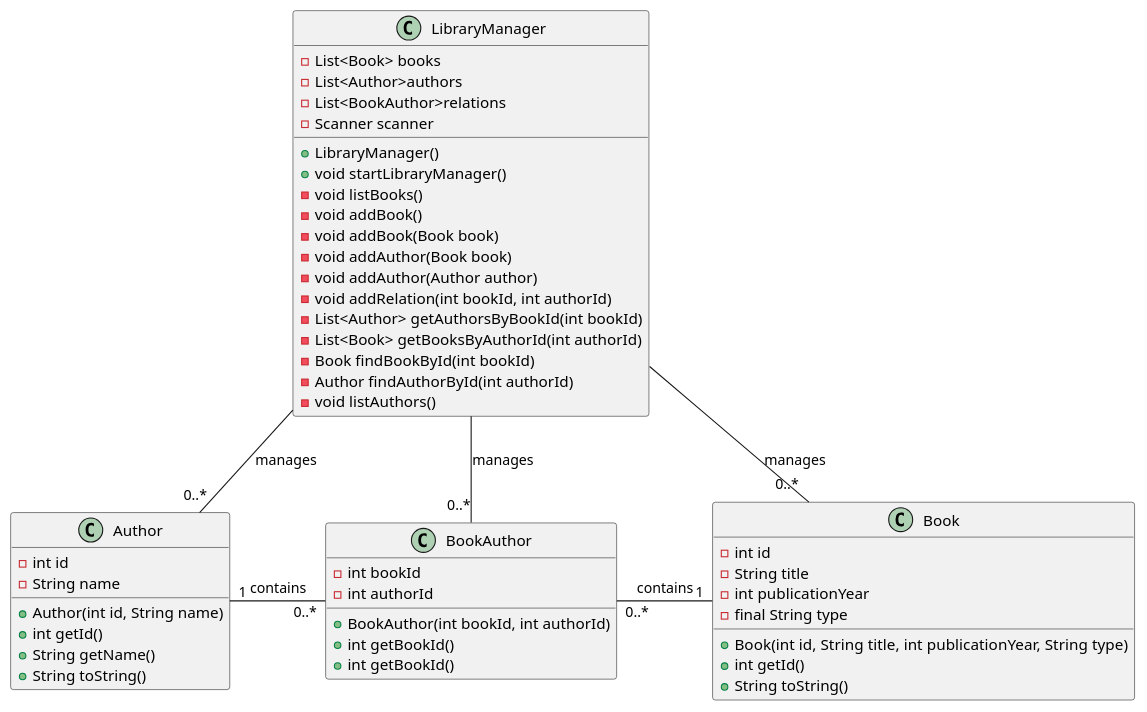
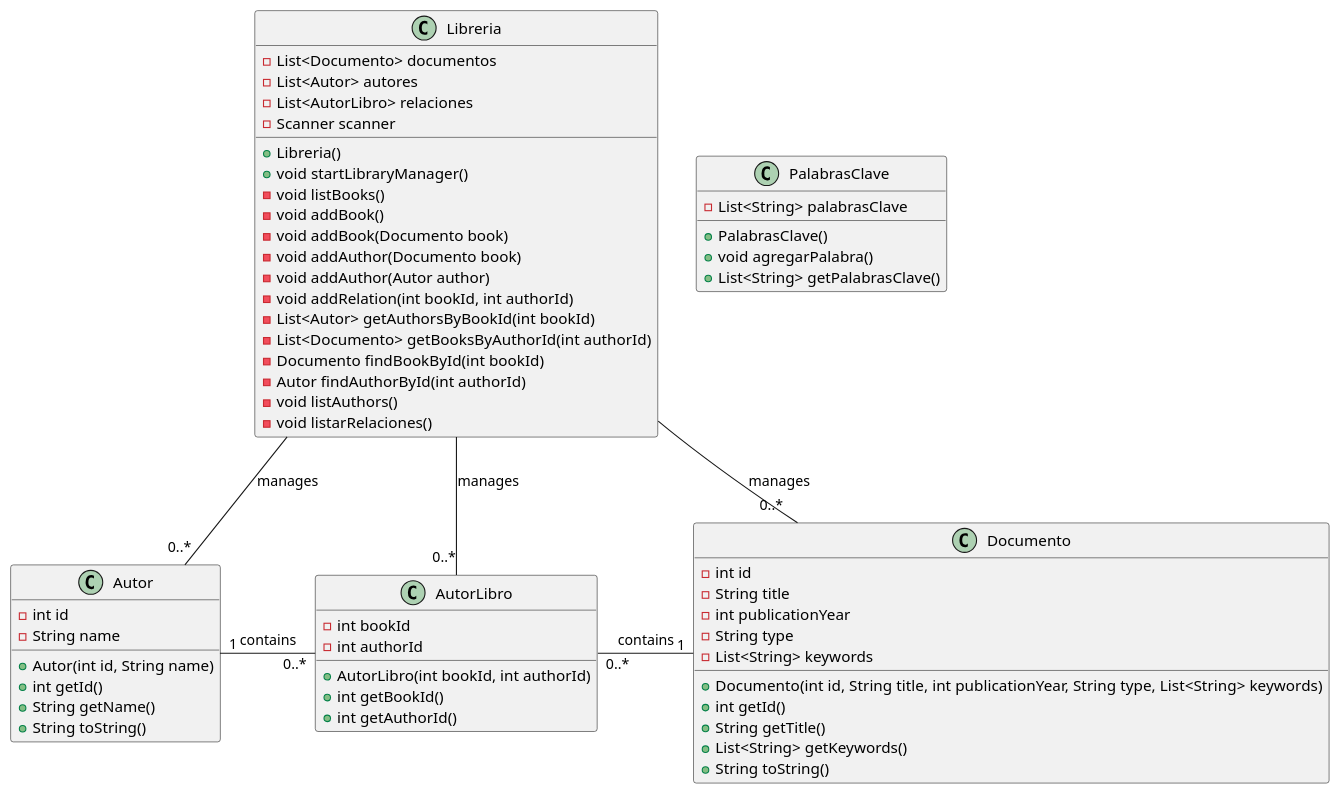
The diagram in entregas/antonioGavilanes/reto003/modelo.puml (mmasias/23-24-eda2-ep), drawn with PlantUML before and after one commit. The commit also changed 2 other files, not shown here.

Commit message:
Entrega Final

```diff
--- a/entregas/antonioGavilanes/reto003/modelo.puml
+++ b/entregas/antonioGavilanes/reto003/modelo.puml
@@ -1,59 +1,65 @@
 @startuml
-class LibraryManager{
-
--List<Book> books
--List<Author>authors
--List<BookAuthor>relations
--Scanner scanner
-
-+LibraryManager()
-+void startLibraryManager()
--void listBooks()
--void addBook()
--void addBook(Book book)
--void addAuthor(Book book)
--void addAuthor(Author author)
--void addRelation(int bookId, int authorId)
--List<Author> getAuthorsByBookId(int bookId)
--List<Book> getBooksByAuthorId(int authorId)
--Book findBookById(int bookId)
--Author findAuthorById(int authorId)
--void listAuthors()
+class Libreria{
+    -List<Documento> documentos
+    -List<Autor> autores
+    -List<AutorLibro> relaciones
+    -Scanner scanner
+    +Libreria()
+    +void startLibraryManager()
+    -void listBooks()
+    -void addBook()
+    -void addBook(Documento book)
+    -void addAuthor(Documento book)
+    -void addAuthor(Autor author)
+    -void addRelation(int bookId, int authorId)
+    -List<Autor> getAuthorsByBookId(int bookId)
+    -List<Documento> getBooksByAuthorId(int authorId)
+    -Documento findBookById(int bookId)
+    -Autor findAuthorById(int authorId)
+    -void listAuthors()
+    -void listarRelaciones()
 }
 
-class Author{
--int id
--String name
-
-+Author(int id, String name)
-+int getId()
-+String getName()
-+String toString()
+class Autor{
+    -int id
+    -String name
+    +Autor(int id, String name)
+    +int getId()
+    +String getName()
+    +String toString()
 }
 
-class BookAuthor{
--int bookId
--int authorId
-
-+BookAuthor(int bookId, int authorId)
-+int getBookId()
-+int getBookId()
+class Documento{
+    -int id
+    -String title
+    -int publicationYear
+    -String type
+    -List<String> keywords
+    +Documento(int id, String title, int publicationYear, String type, List<String> keywords)
+    +int getId()
+    +String getTitle()
+    +List<String> getKeywords()
+    +String toString()
 }
 
-class Book{
--int id
--String title
--int publicationYear
--final String type
-
-+Book(int id, String title, int publicationYear, String type)
-+int getId()
-+String toString()
+class AutorLibro{
+    -int bookId
+    -int authorId
+    +AutorLibro(int bookId, int authorId)
+    +int getBookId()
+    +int getAuthorId()
 }
 
-LibraryManager -d-"0..*" Author : manages
-LibraryManager -d-"0..*" Book : manages
-LibraryManager -d-"0..*" BookAuthor : manages
-Author "1"-r-"0..*" BookAuthor : contains
-BookAuthor "0..*"-r-"1" Book : contains
+class PalabrasClave{
+    -List<String> palabrasClave
+    +PalabrasClave()
+    +void agregarPalabra()
+    +List<String> getPalabrasClave()
+}
+
+Libreria -d-"0..*" Autor : manages
+Libreria -d-"0..*" Documento : manages
+Libreria -d-"0..*" AutorLibro : manages
+Autor "1"-r-"0..*" AutorLibro : contains
+AutorLibro "0..*"-r-"1" Documento : contains
 @enduml
```
